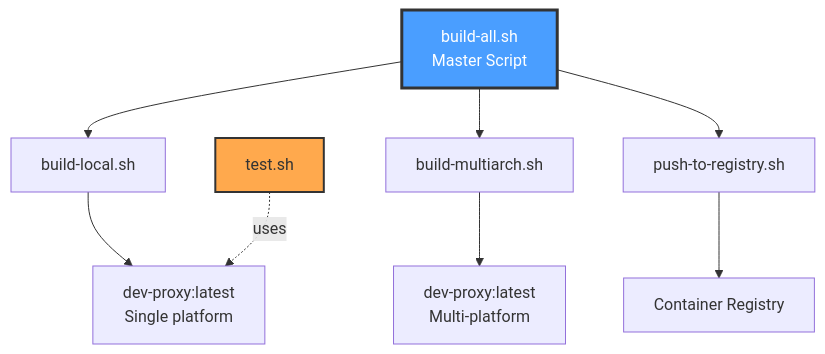
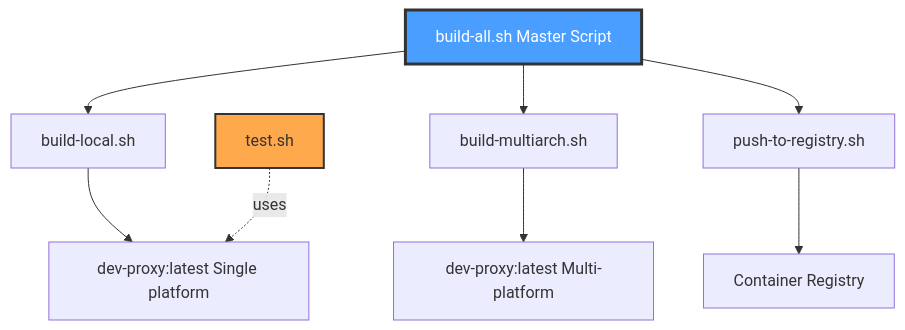
The first of 16 diagrams in wiki/Build-Process.md (softwarewrighter/dev-proxy), drawn with Mermaid before and after one commit. The commit also changed other lines of this file and 6 other files, not shown here.

First line of the commit message:
Fix wiki Mermaid diagrams: remove <br/> tags

````diff
--- a/wiki/Build-Process.md
+++ b/wiki/Build-Process.md
@@ -31,17 +31,17 @@
 ```mermaid
 graph TB
-    BuildAll[build-all.sh<br/>Master Script]
+    BuildAll[build-all.sh Master Script]
 
     BuildAll --> Local[build-local.sh]
     BuildAll --> Multi[build-multiarch.sh]
     BuildAll --> Push[push-to-registry.sh]
 
-    Local --> LocalImage[dev-proxy:latest<br/>Single platform]
-    Multi --> MultiImage[dev-proxy:latest<br/>Multi-platform]
+    Local --> LocalImage[dev-proxy:latest Single platform]
+    Multi --> MultiImage[dev-proxy:latest Multi-platform]
     Push --> Registry[Container Registry]
 
     Test[test.sh] -.->|uses| LocalImage
 
     style BuildAll fill:#4a9eff,stroke:#333,stroke-width:3px,color:#fff
     style Test fill:#ffa94d,stroke:#333,stroke-width:2px
 ```
````
